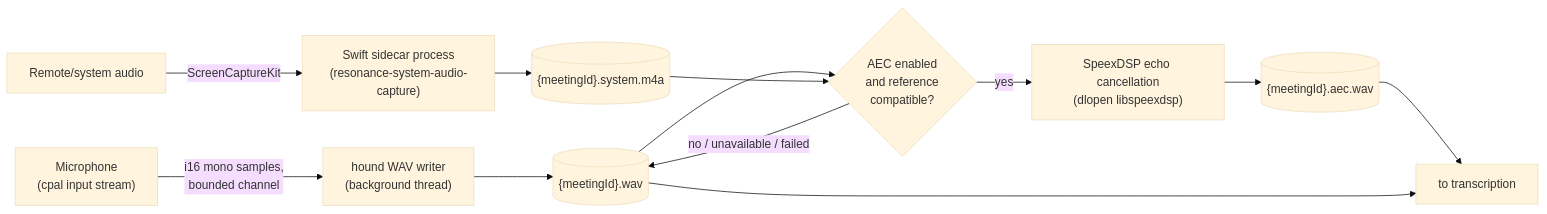
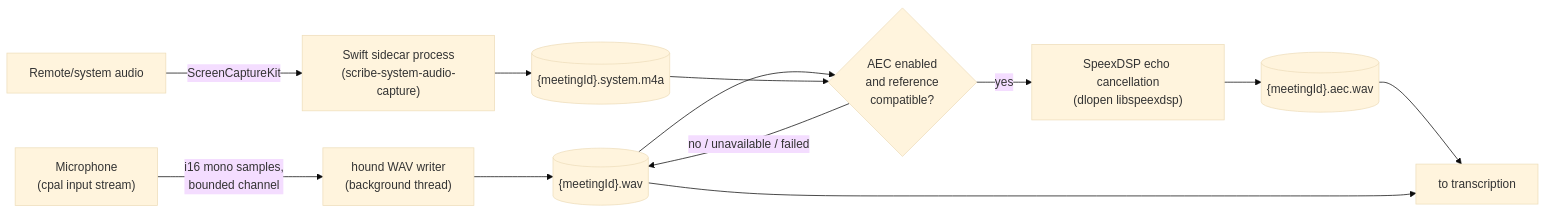
The second of 5 diagrams in docs/technical-architecture.md (mandygit/scribe), drawn with Mermaid (base theme) before and after one commit. The commit also changed other lines of this file and 35 other files, not shown here.

First line of the commit message:
refactor: finish Resonance to Scribe rename and drop dead legacy code

````diff
--- a/docs/technical-architecture.md
+++ b/docs/technical-architecture.md
@@ -131,17 +130,17 @@
 ```mermaid
 flowchart LR
     Mic["Microphone\n(cpal input stream)"] -->|i16 mono samples,\nbounded channel| WavWriter["hound WAV writer\n(background thread)"]
     WavWriter --> MicFile[("{meetingId}.wav")]
 
-    SysAudio["Remote/system audio"] -->|ScreenCaptureKit| SidecarProc["Swift sidecar process\n(resonance-system-audio-capture)"]
+    SysAudio["Remote/system audio"] -->|ScreenCaptureKit| SidecarProc["Swift sidecar process\n(scribe-system-audio-capture)"]
     SidecarProc --> SysFile[("{meetingId}.system.m4a")]
 
     MicFile --> AEC{"AEC enabled\nand reference\ncompatible?"}
     SysFile --> AEC
     AEC -- yes --> AECOut["SpeexDSP echo cancellation\n(dlopen libspeexdsp)"]
     AEC -- "no / unavailable / failed" --> MicFile
     AECOut --> CleanedFile[("{meetingId}.aec.wav")]
 
     CleanedFile --> ToWhisper["to transcription"]
     MicFile --> ToWhisper
 ```
````
